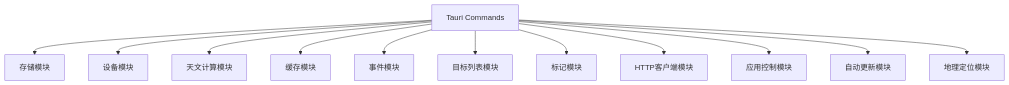
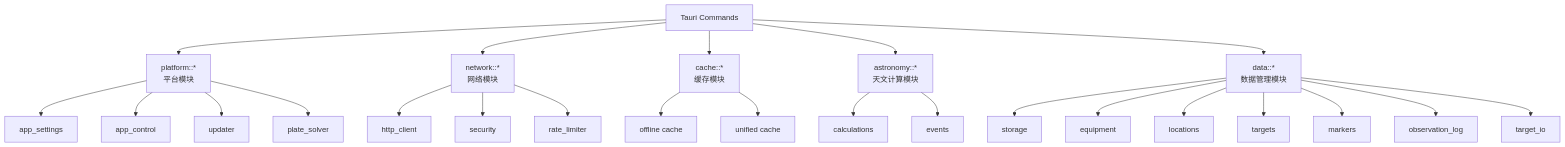
One commit to AstroAir/skymap-test changed the diagram in docs/developer-guide/apis/backend-apis/tauri-commands.md. Above: the diagram before and after it, drawn with Mermaid. The commit also changed other lines of this file and 148 other files, not shown here.

````diff
--- a/docs/developer-guide/apis/backend-apis/tauri-commands.md
+++ b/docs/developer-guide/apis/backend-apis/tauri-commands.md
@@ -9,14 +9,31 @@
 ```mermaid
 graph TD
-    A[Tauri Commands] --> B[存储模块]
-    A --> C[设备模块]
-    A --> D[天文计算模块]
-    A --> E[缓存模块]
-    A --> F[事件模块]
-    A --> G[目标列表模块]
-    A --> H[标记模块]
-    A --> I[HTTP客户端模块]
-    A --> J[应用控制模块]
-    A --> K[自动更新模块]
-    A --> L[地理定位模块]
+    A[Tauri Commands] --> B[platform::*<br/>平台模块]
+    A --> C[network::*<br/>网络模块]
+    A --> D[cache::*<br/>缓存模块]
+    A --> E[astronomy::*<br/>天文计算模块]
+    A --> F[data::*<br/>数据管理模块]
+
+    B --> B1[app_settings]
+    B --> B2[app_control]
+    B --> B3[updater]
+    B --> B4[plate_solver]
+
+    C --> C1[http_client]
+    C --> C2[security]
+    C --> C3[rate_limiter]
+
+    D --> D1[offline cache]
+    D --> D2[unified cache]
+
+    E --> E1[calculations]
+    E --> E2[events]
+
+    F --> F1[storage]
+    F --> F2[equipment]
+    F --> F3[locations]
+    F --> F4[targets]
+    F --> F5[markers]
+    F --> F6[observation_log]
+    F --> F7[target_io]
 ```
````
